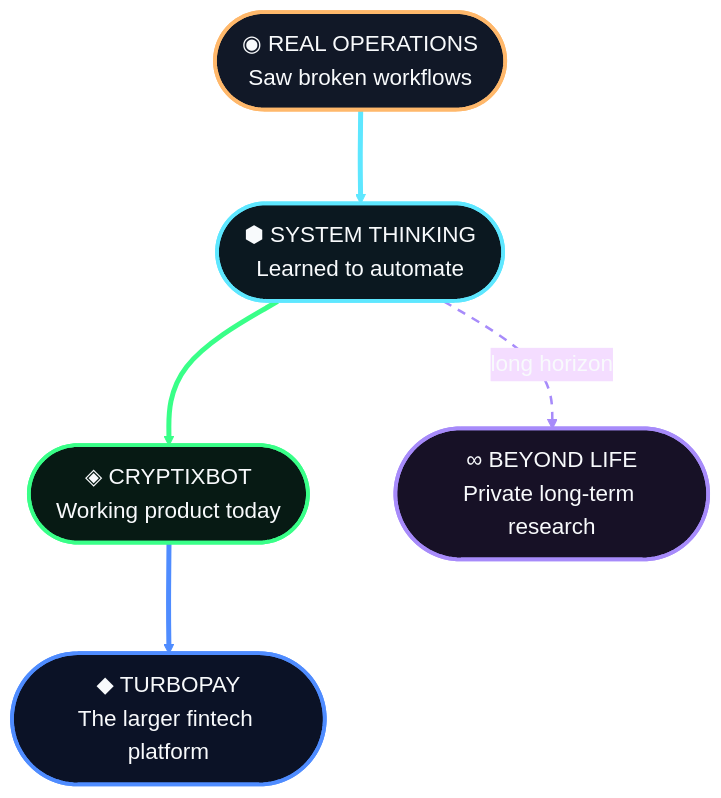
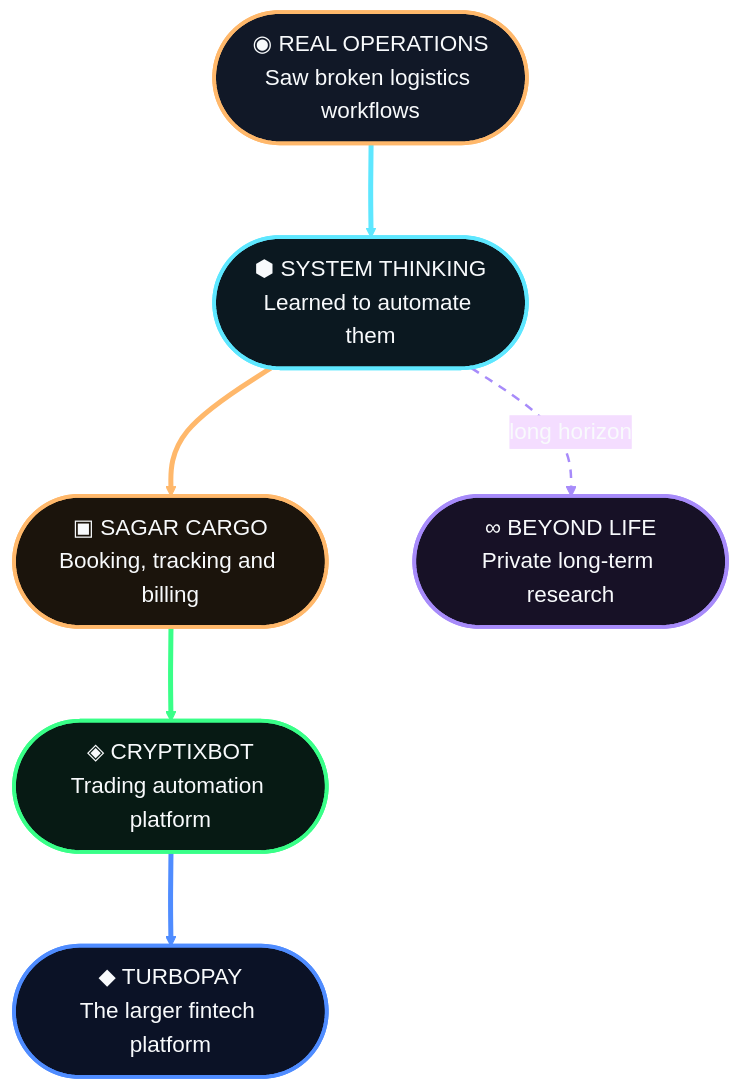
One commit to medddhir/medddhir changed the first of 2 diagrams in README.md. Above: the diagram before and after it, drawn with Mermaid. The commit also changed other lines of this file, not shown here.

Commit message:
Update README with new system details and corrections

````diff
--- a/README.md
+++ b/README.md
@@ -54,49 +58,54 @@
 ```mermaid
 %%{init: {
   "theme": "base",
   "flowchart": {
     "curve": "basis",
     "htmlLabels": true,
     "nodeSpacing": 70,
     "rankSpacing": 75,
     "padding": 24
   },
   "themeVariables": {
     "background": "#05080d",
     "primaryTextColor": "#f8fafc",
     "lineColor": "#5ee7ff",
     "fontFamily": "Inter, Segoe UI, sans-serif",
     "fontSize": "18px"
   }
 }}%%
 
 flowchart TB
 
-    A(["◉ REAL OPERATIONS<br/>Saw broken workflows"])
-    B(["⬢ SYSTEM THINKING<br/>Learned to automate"])
-    C(["◈ CRYPTIXBOT<br/>Working product today"])
+    A(["◉ REAL OPERATIONS<br/>Saw broken logistics workflows"])
+    B(["⬢ SYSTEM THINKING<br/>Learned to automate them"])
+    F(["▣ SAGAR CARGO<br/>Booking, tracking and billing"])
+    C(["◈ CRYPTIXBOT<br/>Trading automation platform"])
     D(["◆ TURBOPAY<br/>The larger fintech platform"])
     E(["∞ BEYOND LIFE<br/>Private long-term research"])
 
     A ==> B
-    B ==> C
+    B ==> F
+    F ==> C
     C ==> D
     B -. long horizon .-> E
 
     classDef origin fill:#111827,stroke:#FFB86B,stroke-width:3px,color:#F8FAFC,font-size:18px;
     classDef system fill:#0B1820,stroke:#5EE7FF,stroke-width:3px,color:#F8FAFC,font-size:18px;
+    classDef logistics fill:#1B140C,stroke:#FFB86B,stroke-width:3px,color:#F8FAFC,font-size:18px;
     classDef live fill:#071A14,stroke:#39FF88,stroke-width:3px,color:#F8FAFC,font-size:18px;
     classDef next fill:#0B1226,stroke:#4F8CFF,stroke-width:3px,color:#F8FAFC,font-size:18px;
     classDef research fill:#171126,stroke:#A78BFA,stroke-width:3px,color:#F8FAFC,font-size:18px;
 
     class A origin;
     class B system;
+    class F logistics;
     class C live;
     class D next;
     class E research;
 
     linkStyle 0 stroke:#5EE7FF,stroke-width:4px;
-    linkStyle 1 stroke:#39FF88,stroke-width:4px;
-    linkStyle 2 stroke:#4F8CFF,stroke-width:4px;
-    linkStyle 3 stroke:#A78BFA,stroke-width:2px,stroke-dasharray:7 6;
+    linkStyle 1 stroke:#FFB86B,stroke-width:4px;
+    linkStyle 2 stroke:#39FF88,stroke-width:4px;
+    linkStyle 3 stroke:#4F8CFF,stroke-width:4px;
+    linkStyle 4 stroke:#A78BFA,stroke-width:2px,stroke-dasharray:7 6;
 ```
````
